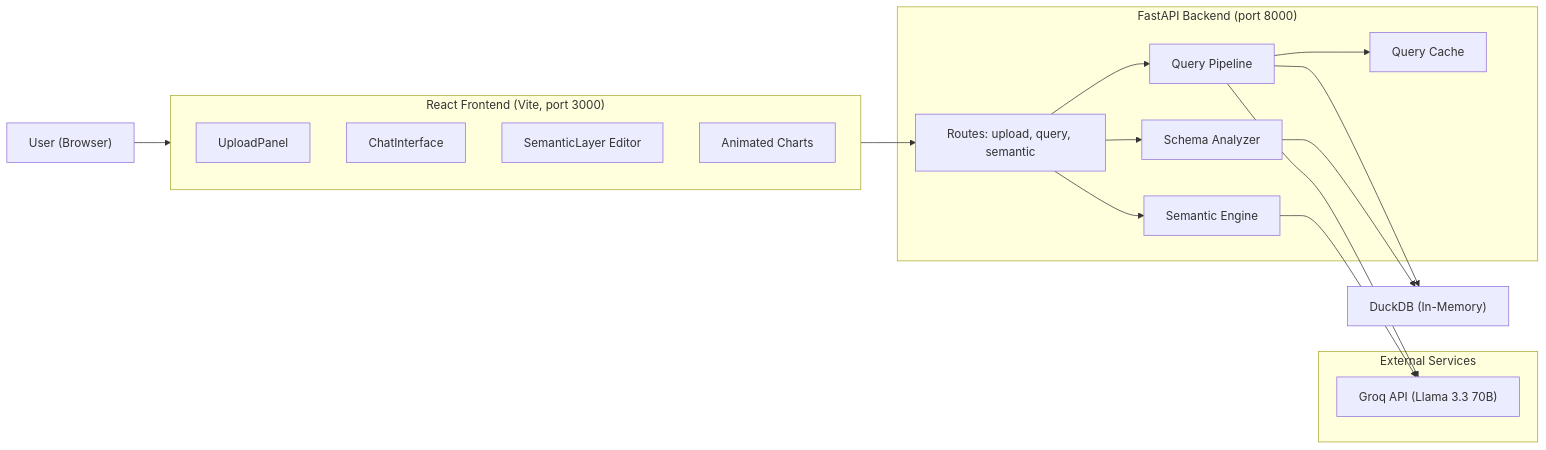
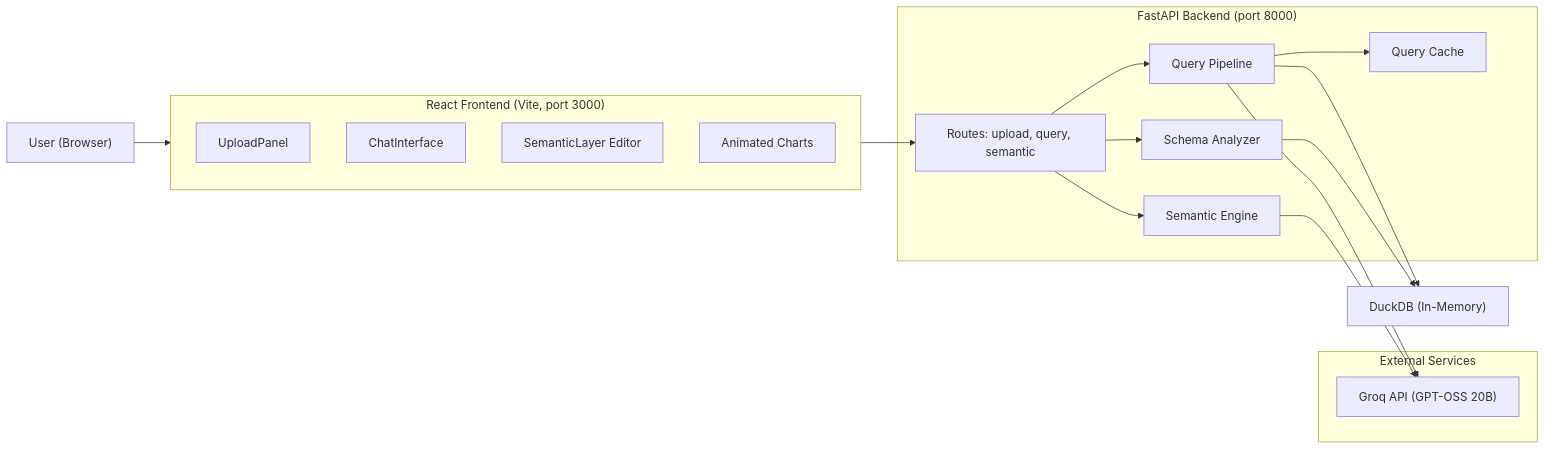
The first of 3 diagrams in docs/architecture.md (Suryanshu01/datapulsee), drawn with Mermaid before and after one commit. The commit also changed 7 other files, not shown here.

First line of the commit message:
fix: migrate to openai/gpt-oss-20b after llama-3.1-8b-instant retirement

````diff
--- a/docs/architecture.md
+++ b/docs/architecture.md
@@ -5,36 +5,36 @@
 ```mermaid
 graph LR
     User["User (Browser)"]
 
     subgraph Frontend["React Frontend (Vite, port 3000)"]
         Upload["UploadPanel"]
         Chat["ChatInterface"]
         Dict["SemanticLayer Editor"]
         Charts["Animated Charts"]
     end
 
     subgraph Backend["FastAPI Backend (port 8000)"]
         Routes["Routes: upload, query, semantic"]
         Pipeline["Query Pipeline"]
         Analyzer["Schema Analyzer"]
         SemEngine["Semantic Engine"]
         Cache["Query Cache"]
     end
 
     subgraph External["External Services"]
-        Groq["Groq API (Llama 3.3 70B)"]
+        Groq["Groq API (GPT-OSS 20B)"]
     end
 
     DuckDB["DuckDB (In-Memory)"]
 
     User --> Frontend
     Frontend --> Routes
     Routes --> Pipeline
     Routes --> Analyzer
     Routes --> SemEngine
     Pipeline --> Groq
     SemEngine --> Groq
     Pipeline --> DuckDB
     Analyzer --> DuckDB
     Pipeline --> Cache
 ```
````
